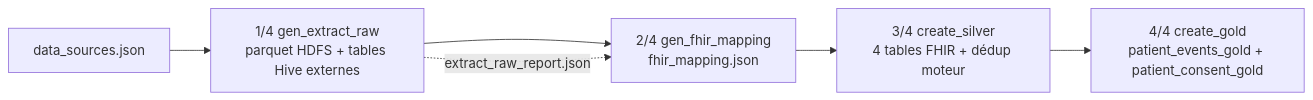
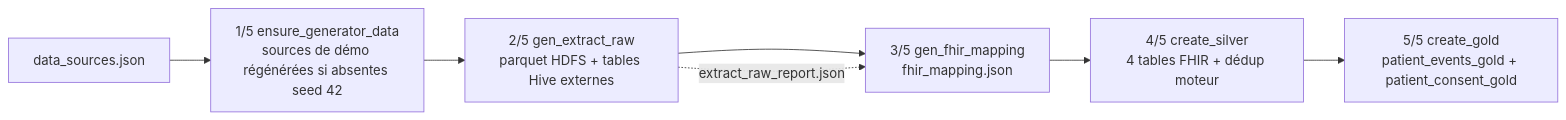
The diagram in chapters/06-realisation.md (Alphamanjaka/test-big-data), drawn with Mermaid before and after one commit. The commit also changed other lines of this file and 7 other files, not shown here.

````diff
--- a/chapters/06-realisation.md
+++ b/chapters/06-realisation.md
@@ -56,8 +58,9 @@
 ```mermaid
 flowchart LR
-    DS[data_sources.json] --> R[1/4 gen_extract_raw<br/>parquet HDFS + tables Hive externes]
-    R --> M[2/4 gen_fhir_mapping<br/>fhir_mapping.json]
-    M --> S[3/4 create_silver<br/>4 tables FHIR + dédup moteur]
-    S --> G[4/4 create_gold<br/>patient_events_gold + patient_consent_gold]
+    DS[data_sources.json] --> I[1/5 ensure_generator_data<br/>sources de démo régénérées si absentes seed 42]
+    I --> R[2/5 gen_extract_raw<br/>parquet HDFS + tables Hive externes]
+    R --> M[3/5 gen_fhir_mapping<br/>fhir_mapping.json]
+    M --> S[4/5 create_silver<br/>4 tables FHIR + dédup moteur]
+    S --> G[5/5 create_gold<br/>patient_events_gold + patient_consent_gold]
     R -. "extract_raw_report.json" .-> M
 ```
````
